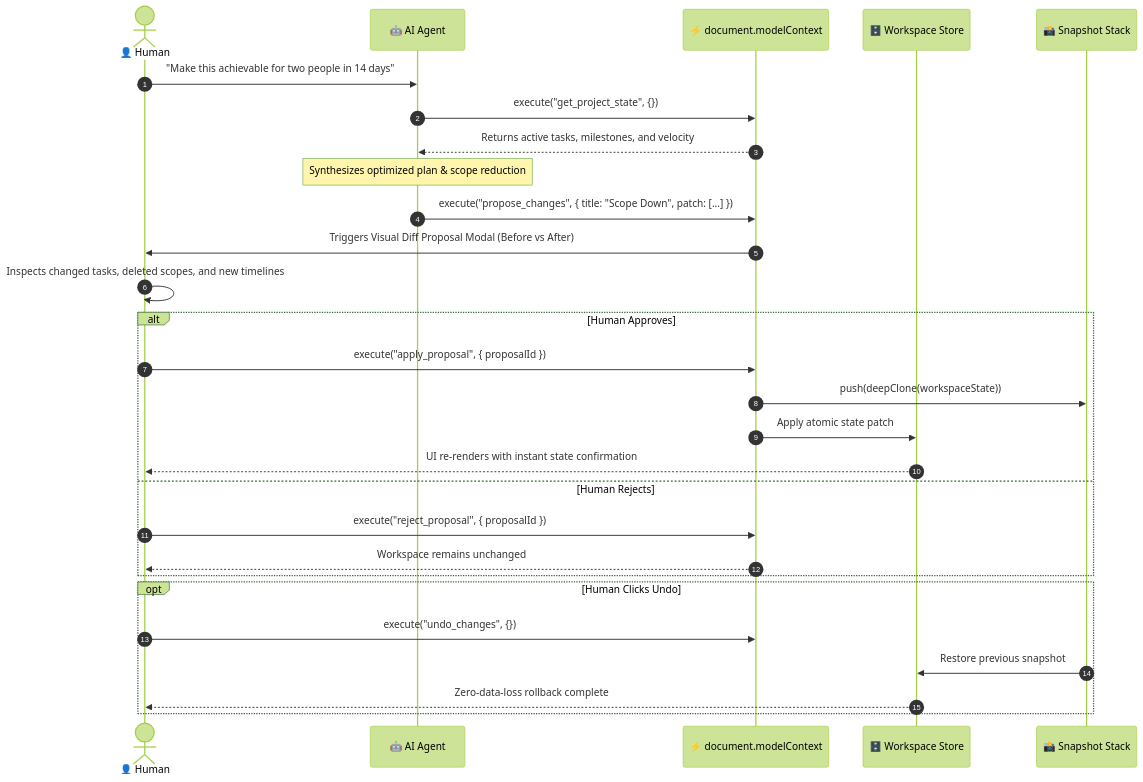
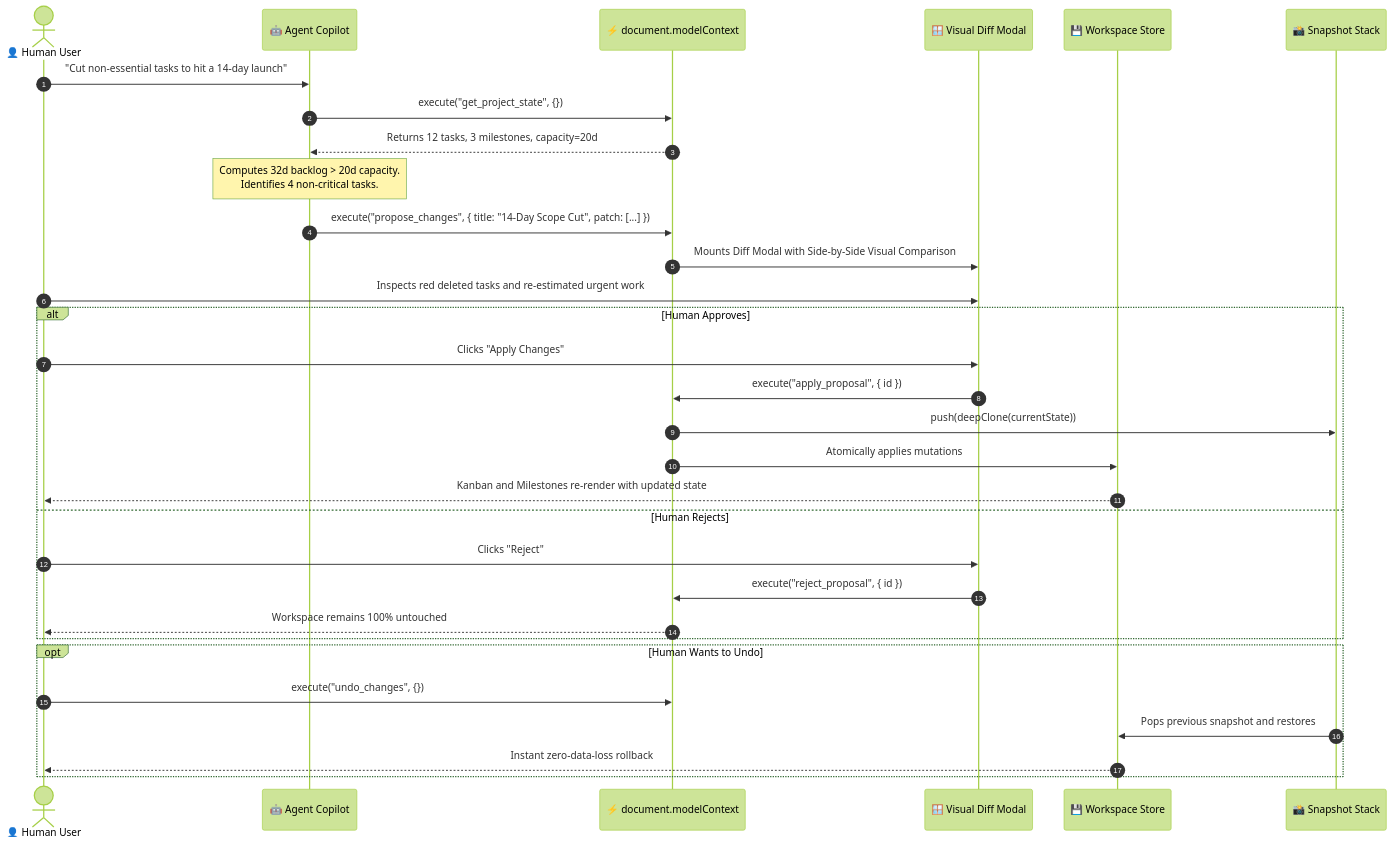
Before and after one commit to Aluro7in/Forge-Ai: the third of 5 diagrams in README.md, drawn with Mermaid (forest theme). The commit also changed other lines of this file, not shown here.

First line of the commit message:
docs: update project branding and README badges

````diff
--- a/README.md
+++ b/README.md
@@ -147,31 +225,34 @@
 ```mermaid
 sequenceDiagram
     autonumber
-    actor Human as 👤 Human
-    participant Agent as 🤖 AI Agent
+    actor Human as 👤 Human User
+    participant Copilot as 🤖 Agent Copilot
     participant WebMCP as ⚡ document.modelContext
-    participant Store as 🗄️ Workspace Store
+    participant DiffModal as 🪟 Visual Diff Modal
+    participant Store as 💾 Workspace Store
     participant Snapshots as 📸 Snapshot Stack
 
-    Human->>Agent: "Make this achievable for two people in 14 days"
-    Agent->>WebMCP: execute("get_project_state", {})
-    WebMCP-->>Agent: Returns active tasks, milestones, and velocity
-    Note over Agent: Synthesizes optimized plan & scope reduction
-    Agent->>WebMCP: execute("propose_changes", { title: "Scope Down", patch: [...] })
-    WebMCP->>Human: Triggers Visual Diff Proposal Modal (Before vs After)
-    Human->>Human: Inspects changed tasks, deleted scopes, and new timelines
+    Human->>Copilot: "Cut non-essential tasks to hit a 14-day launch"
+    Copilot->>WebMCP: execute("get_project_state", {})
+    WebMCP-->>Copilot: Returns 12 tasks, 3 milestones, capacity=20d
+    Note over Copilot: Computes 32d backlog > 20d capacity.<br/>Identifies 4 non-critical tasks.
+    Copilot->>WebMCP: execute("propose_changes", { title: "14-Day Scope Cut", patch: [...] })
+    WebMCP->>DiffModal: Mounts Diff Modal with Side-by-Side Visual Comparison
+    Human->>DiffModal: Inspects red deleted tasks and re-estimated urgent work
     alt Human Approves
-        Human->>WebMCP: execute("apply_proposal", { proposalId })
-        WebMCP->>Snapshots: push(deepClone(workspaceState))
-        WebMCP->>Store: Apply atomic state patch
-        Store-->>Human: UI re-renders with instant state confirmation
+        Human->>DiffModal: Clicks "Apply Changes"
+        DiffModal->>WebMCP: execute("apply_proposal", { id })
+        WebMCP->>Snapshots: push(deepClone(currentState))
+        WebMCP->>Store: Atomically applies mutations
+        Store-->>Human: Kanban and Milestones re-render with updated state
     else Human Rejects
-        Human->>WebMCP: execute("reject_proposal", { proposalId })
-        WebMCP-->>Human: Workspace remains unchanged
+        Human->>DiffModal: Clicks "Reject"
+        DiffModal->>WebMCP: execute("reject_proposal", { id })
+        WebMCP-->>Human: Workspace remains 100% untouched
     end
-    opt Human Clicks Undo
+    opt Human Wants to Undo
         Human->>WebMCP: execute("undo_changes", {})
-        Snapshots->>Store: Restore previous snapshot
-        Store-->>Human: Zero-data-loss rollback complete
+        Snapshots->>Store: Pops previous snapshot and restores
+        Store-->>Human: Instant zero-data-loss rollback
     end
 ```
````
